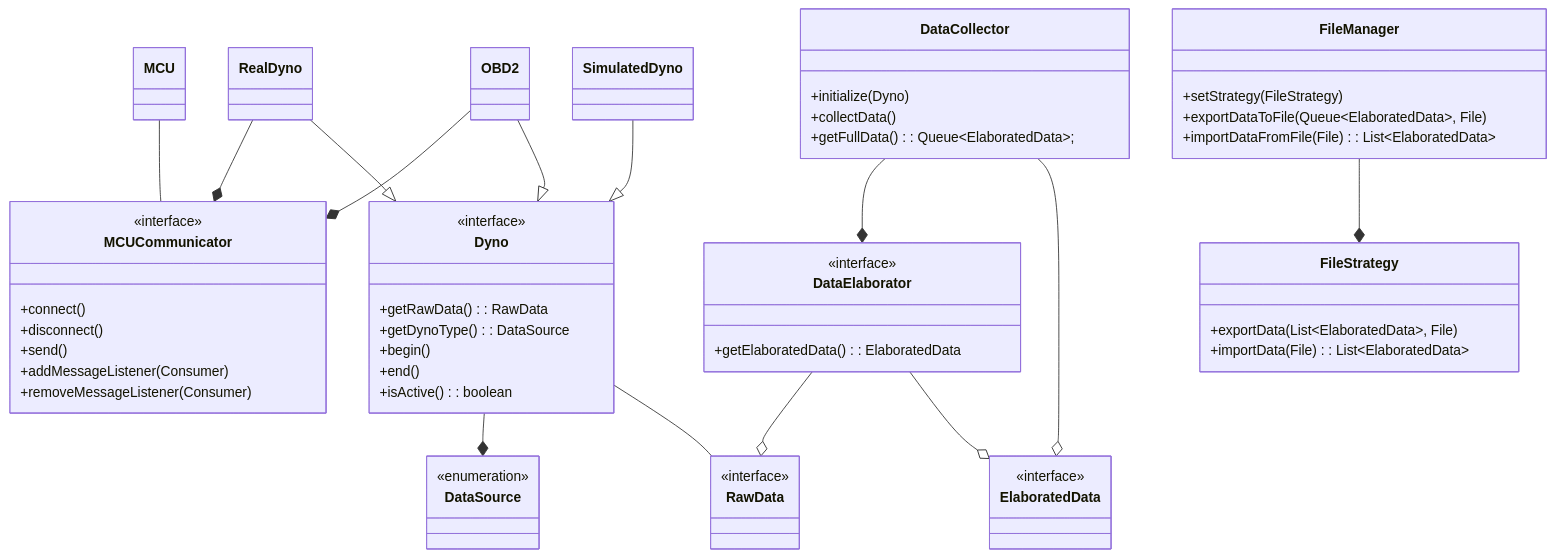
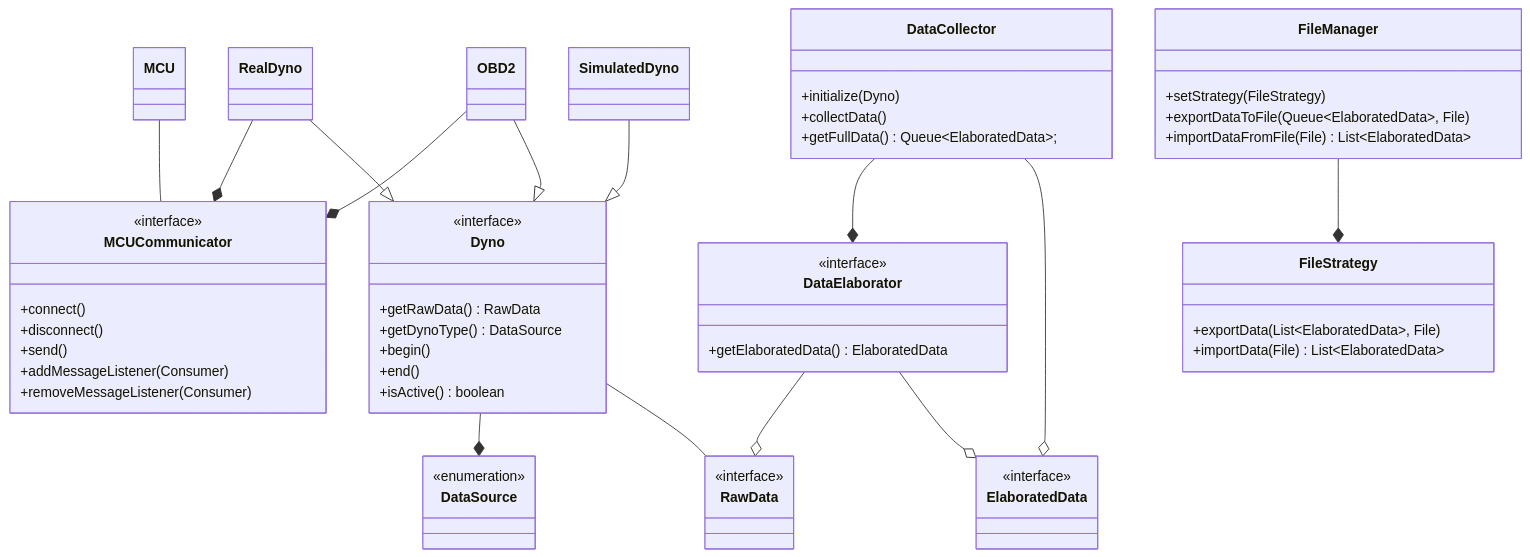
Before and after one commit to unibo-oop-projects/OOP24-Alessandro-CristoferNapolitano-SolarEgg-TodeschiMatteo-java-dyno: the first of 8 diagrams in report.md, drawn with Mermaid. The commit also changed other lines of this file, not shown here.

````diff
--- a/report.md
+++ b/report.md
@@ -80,83 +80,83 @@
 ```mermaid
 classDiagram
 direction TB
     MCU -- MCUCommunicator
     OBD2 --* MCUCommunicator
     RealDyno --* MCUCommunicator
     Dyno --* DataSource
     RealDyno --|> Dyno
     SimulatedDyno --|> Dyno
     Dyno -- RawData
     DataElaborator --o RawData
     DataElaborator --o ElaboratedData
     DataCollector --* DataElaborator
     DataCollector --o ElaboratedData
     OBD2 --|> Dyno
     FileManager --* FileStrategy
 
     class MCUCommunicator {
 	    +connect()
 	    +disconnect()
 	    +send()
 	    +addMessageListener(Consumer)
 	    +removeMessageListener(Consumer)
     }
 
     class Dyno {
-	    +getRawData() : RawData
-	    +getDynoType() : DataSource
+	    +getRawData() RawData
+	    +getDynoType() DataSource
 	    +begin()
 	    +end()
-	    +isActive() : boolean
+	    +isActive() boolean
     }
 
     class DataCollector {
 	    +initialize(Dyno)
 	    +collectData()
-	    +getFullData() : Queue~ElaboratedData~;
+	    +getFullData() Queue~ElaboratedData~;
     }
 
     class DataElaborator {
-	    +getElaboratedData() : ElaboratedData
+	    +getElaboratedData() ElaboratedData
     }
 
     class FileManager {
 	    +setStrategy(FileStrategy)
 	    +exportDataToFile(Queue~ElaboratedData~, File)
-	    +importDataFromFile(File) : List~ElaboratedData~
+	    +importDataFromFile(File) List~ElaboratedData~
     }
 
     class FileStrategy {
 	    +exportData(List~ElaboratedData~, File)
-	    +importData(File) : List~ElaboratedData~
+	    +importData(File) List~ElaboratedData~
     }
 
     class RawData {
     }
 
     class ElaboratedData {
     }
 
     class DataSource {
     }
 
     class MCU {
     }
 
     class OBD2 {
     }
 
     class RealDyno {
     }
 
     class SimulatedDyno {
     }
 
 	<<interface>> MCUCommunicator
 	<<interface>> Dyno
 	<<interface>> DataElaborator
 	<<interface>> RawData
 	<<interface>> ElaboratedData
 	<<enumeration>> DataSource
 
 ```
````
